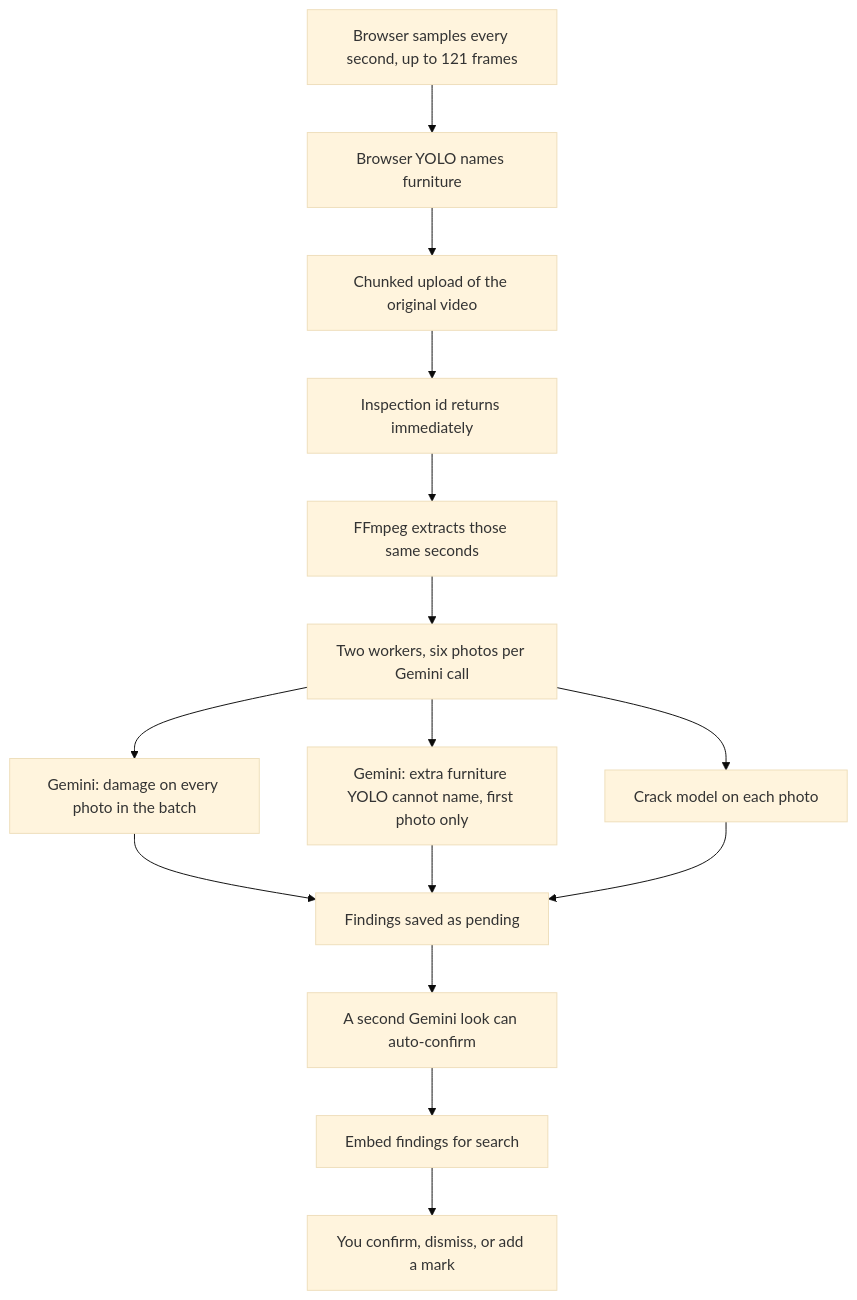
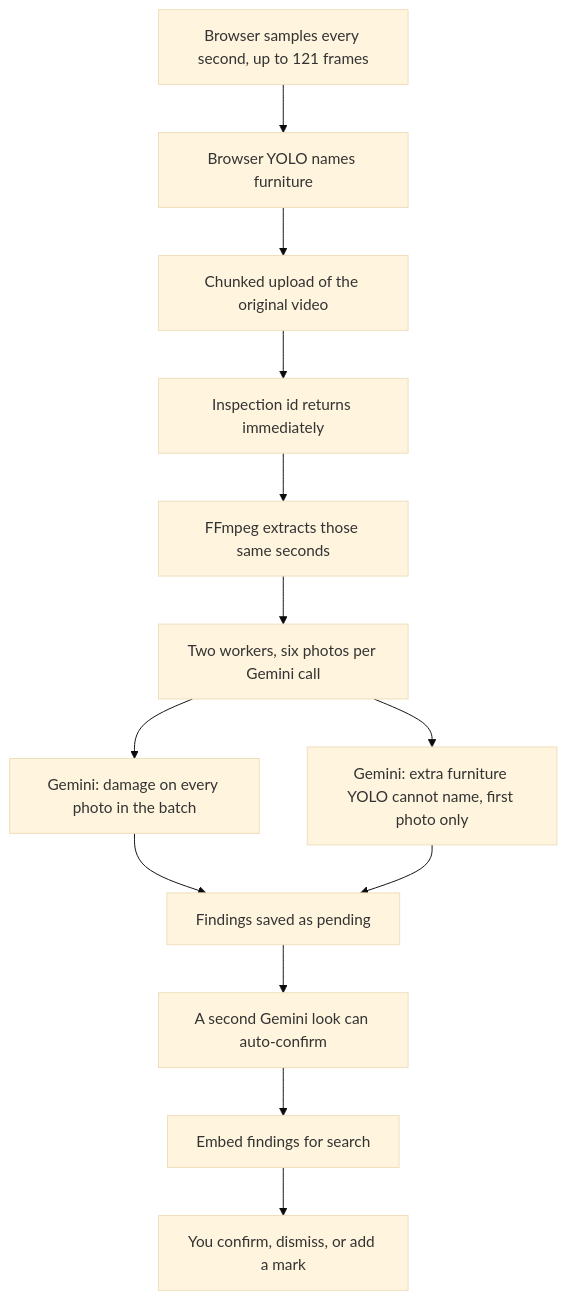
Before and after one commit to Borbezzz/Dwelld: the fifth of 12 diagrams in README.md, drawn with Mermaid (base theme). The commit also changed other lines of this file and 1 other file, not shown here.

First line of the commit message:
Docs: remove crack model from the described pipeline

````diff
--- a/README.md
+++ b/README.md
@@ -314,17 +314,15 @@
 ```mermaid
 flowchart TD
     Sample["Browser samples every second, up to 121 frames"] --> Yolo["Browser YOLO names furniture"]
     Yolo --> Upload["Chunked upload of the original video"]
     Upload --> Saved["Inspection id returns immediately"]
     Saved --> Extract["FFmpeg extracts those same seconds"]
     Extract --> Batch["Two workers, six photos per Gemini call"]
     Batch --> Damage["Gemini: damage on every photo in the batch"]
     Batch --> Extra["Gemini: extra furniture YOLO cannot name, first photo only"]
-    Batch --> Crack["Crack model on each photo"]
     Damage --> Store["Findings saved as pending"]
     Extra --> Store
-    Crack --> Store
     Store --> Second["A second Gemini look can auto-confirm"]
     Second --> Embed["Embed findings for search"]
     Embed --> Review["You confirm, dismiss, or add a mark"]
 ```
````
